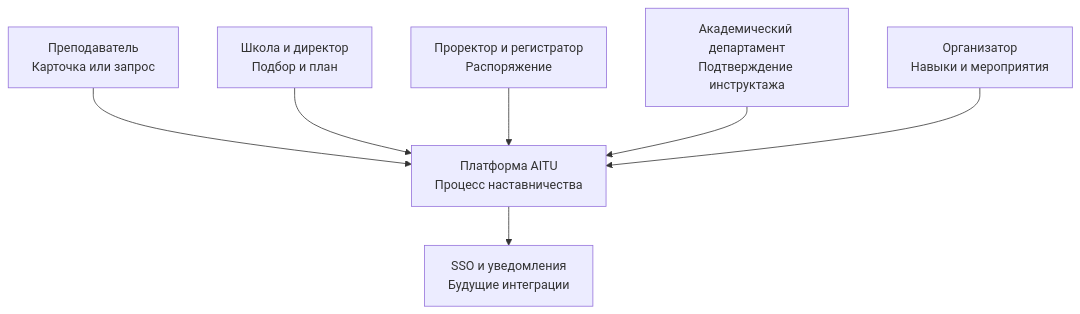
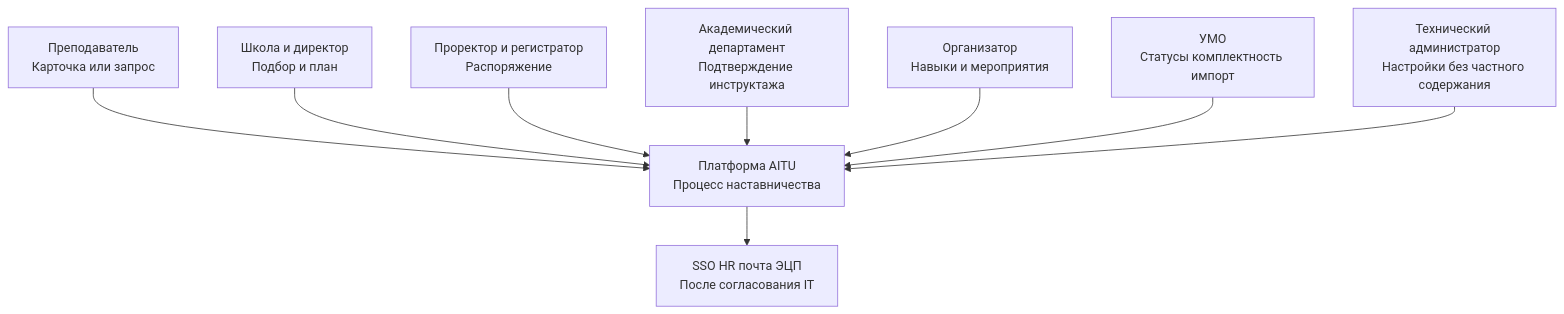
The diagram in diagrams/source/context.mmd (krna-tul/Diploma_Project_TulegenovaKM), drawn with Mermaid before and after one commit. The commit also changed 24 other files, not shown here.

Commit message:
DIP-2 DIP-6 DIP-9: align October criteria, architecture and linked YouTrack plan

```diff
--- a/diagrams/source/context.mmd
+++ b/diagrams/source/context.mmd
@@ -1,14 +1,18 @@
 flowchart TB
   n0["Преподаватель<br/>Карточка или запрос"]
   n1["Школа и директор<br/>Подбор и план"]
   n2["Проректор и регистратор<br/>Распоряжение"]
   n3["Платформа AITU<br/>Процесс наставничества"]
   n4["Академический департамент<br/>Подтверждение инструктажа"]
   n5["Организатор<br/>Навыки и мероприятия"]
-  n6["SSO и уведомления<br/>Будущие интеграции"]
+  n6["SSO HR почта ЭЦП<br/>После согласования IT"]
   n0 --> n3
   n1 --> n3
   n2 --> n3
   n4 --> n3
   n5 --> n3
   n3 --> n6
+  n7["УМО<br/>Статусы комплектность импорт"]
+  n8["Технический администратор<br/>Настройки без частного содержания"]
+  n7 --> n3
+  n8 --> n3
```
